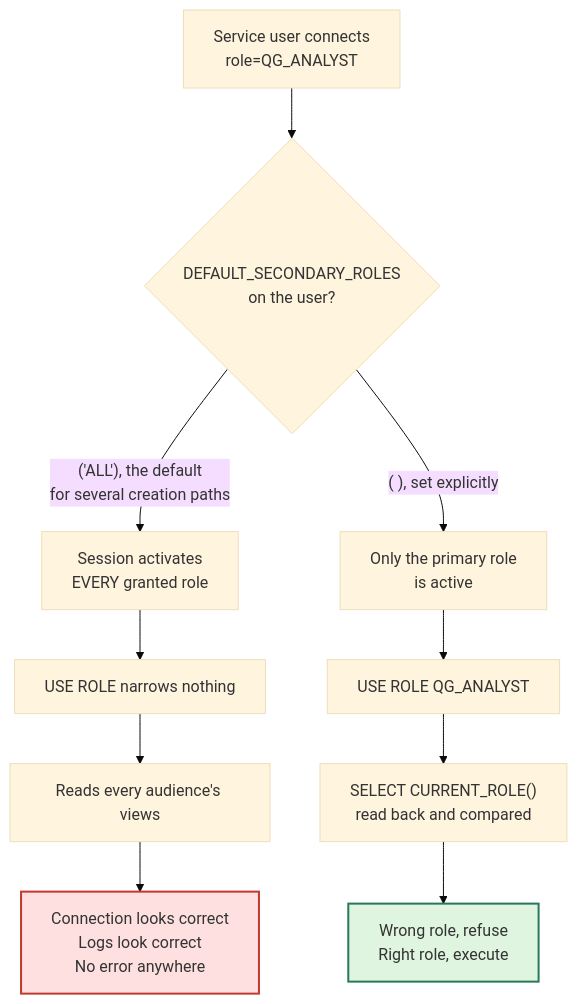
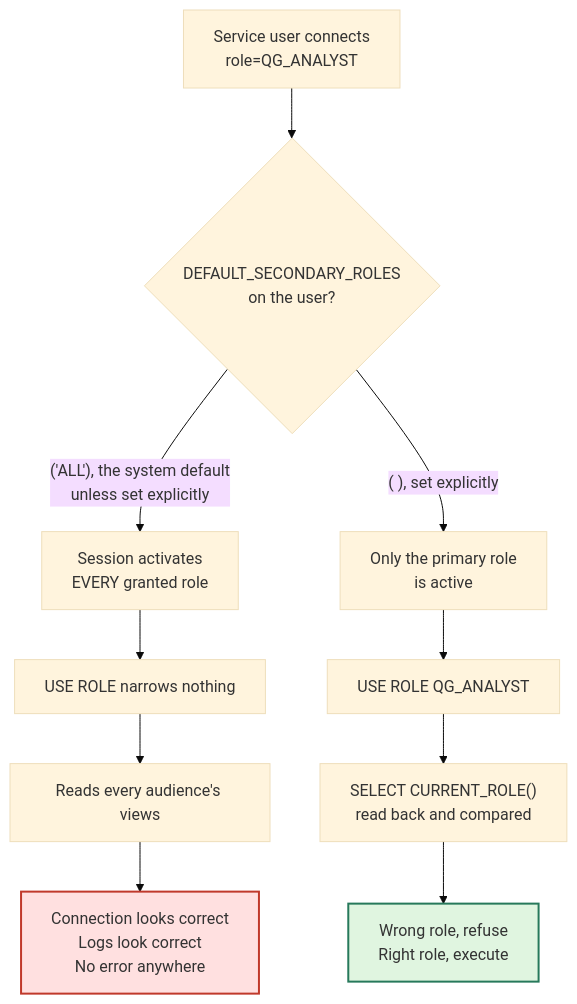
Before and after one commit to Arif-krepkiy/querygate: the second of 2 diagrams in docs/warehouse-enforced-governance.md, drawn with Mermaid (base theme). The commit also changed other lines of this file and 1 other file, not shown here.

First line of the commit message:
Check DEFAULT_SECONDARY_ROLES with DESC USER, not SHOW PARAMETERS

````diff
--- a/docs/warehouse-enforced-governance.md
+++ b/docs/warehouse-enforced-governance.md
@@ -102,18 +103,18 @@
 ```mermaid
 flowchart TB
     START["Service user connects<br/>role=QG_ANALYST"]
     START --> CHECK{"DEFAULT_SECONDARY_ROLES<br/>on the user?"}
 
-    CHECK -->|"('ALL'), the default<br/>for several creation paths"| BAD1["Session activates<br/>EVERY granted role"]
+    CHECK -->|"('ALL'), the system default<br/>unless set explicitly"| BAD1["Session activates<br/>EVERY granted role"]
     BAD1 --> BAD2["USE ROLE narrows nothing"]
     BAD2 --> BAD3["Reads every audience's views"]
     BAD3 --> BAD4["Connection looks correct<br/>Logs look correct<br/>No error anywhere"]
 
     CHECK -->|"( ), set explicitly"| OK1["Only the primary role<br/>is active"]
     OK1 --> OK2["USE ROLE QG_ANALYST"]
     OK2 --> OK3["SELECT CURRENT_ROLE()<br/>read back and compared"]
     OK3 --> OK4["Wrong role, refuse<br/>Right role, execute"]
 
     style BAD4 fill:#ffe0e0,stroke:#c0392b,stroke-width:2px
     style OK4 fill:#e0f5e0,stroke:#27795b,stroke-width:2px
 ```
````
